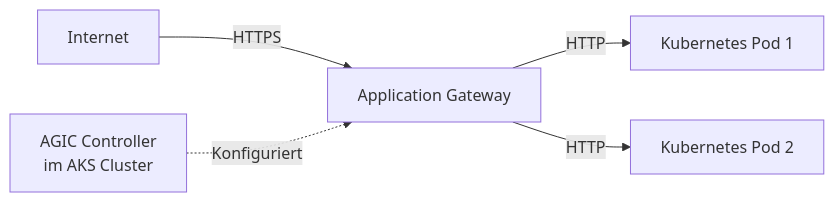
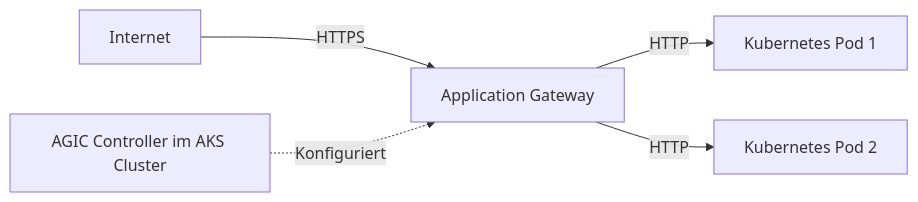
The sixth of 6 diagrams in Microsoft 365/Azure/Netzwerk/Azure Application Gateway.md (SoniiiT/notes-n-docs), drawn with Mermaid before and after one commit. The commit also changed other lines of this file and 124 other files, not shown here.

First line of the commit message:
fix: Entferne \n aus allen Mermaid-Diagrammen (125 Dateien)

````diff
--- a/Microsoft 365/Azure/Netzwerk/Azure Application Gateway.md
+++ b/Microsoft 365/Azure/Netzwerk/Azure Application Gateway.md
@@ -288,7 +288,7 @@
 ```mermaid
 graph LR
     INT[Internet] -->|HTTPS| AGW[Application Gateway]
     AGW -->|HTTP| POD1[Kubernetes Pod 1]
     AGW -->|HTTP| POD2[Kubernetes Pod 2]
-    AGIC[AGIC Controller\nim AKS Cluster] -.->|Konfiguriert| AGW
+    AGIC[AGIC Controller im AKS Cluster] -.->|Konfiguriert| AGW
 ```
````
